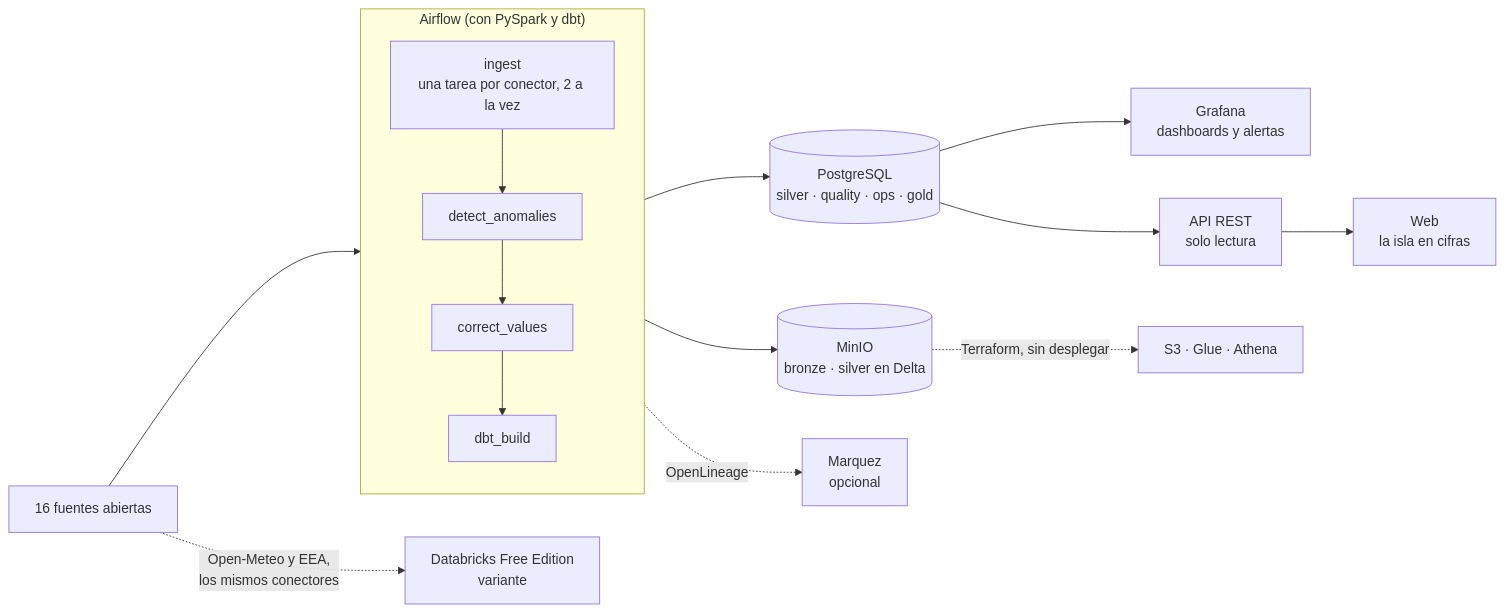
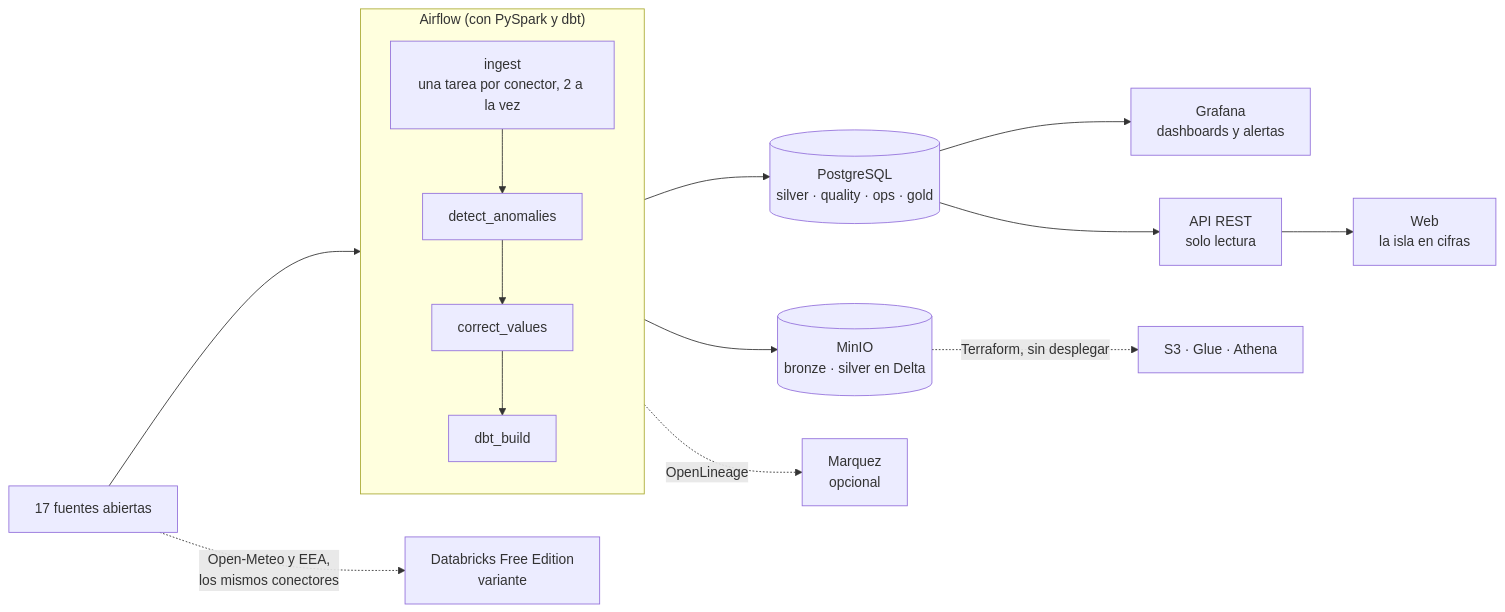
One commit to AlexandreColl/MallorcaDataPlatform changed the first of 2 diagrams in docs/architecture.md. Above: the diagram before and after it, drawn with Mermaid. The commit also changed 41 other files, not shown here.

````diff
--- a/docs/architecture.md
+++ b/docs/architecture.md
@@ -28,15 +28,15 @@
 ```mermaid
 flowchart LR
-    SRC["16 fuentes abiertas"] --> AF
+    SRC["17 fuentes abiertas"] --> AF
     subgraph AF["Airflow (con PySpark y dbt)"]
         direction TB
         ING["ingest<br/>una tarea por conector, 2 a la vez"] --> DET[detect_anomalies] --> COR[correct_values] --> DBT[dbt_build]
     end
     AF --> MINIO[("MinIO<br/>bronze · silver en Delta")]
     AF --> PG[("PostgreSQL<br/>silver · quality · ops · gold")]
     PG --> GF["Grafana<br/>dashboards y alertas"]
     PG --> API["API REST<br/>solo lectura"] --> WEB["Web<br/>la isla en cifras"]
     AF -.->|OpenLineage| MQ["Marquez<br/>opcional"]
     MINIO -.->|"Terraform, sin desplegar"| AWS["S3 · Glue · Athena"]
     SRC -.->|"Open-Meteo y EEA,<br/>los mismos conectores"| DBX["Databricks Free Edition<br/>variante"]
 ```
````
